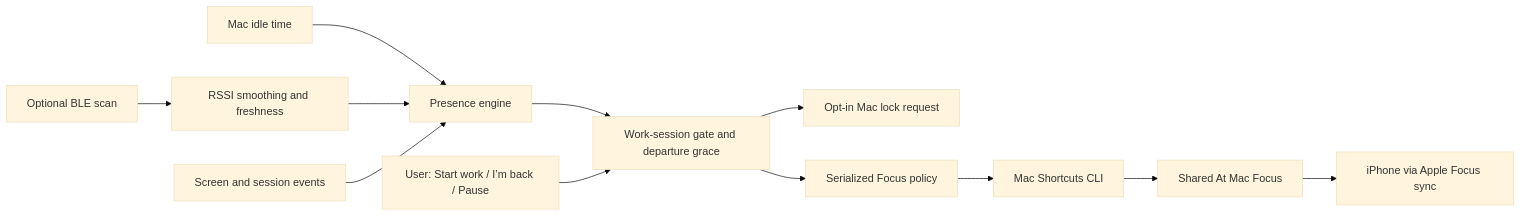
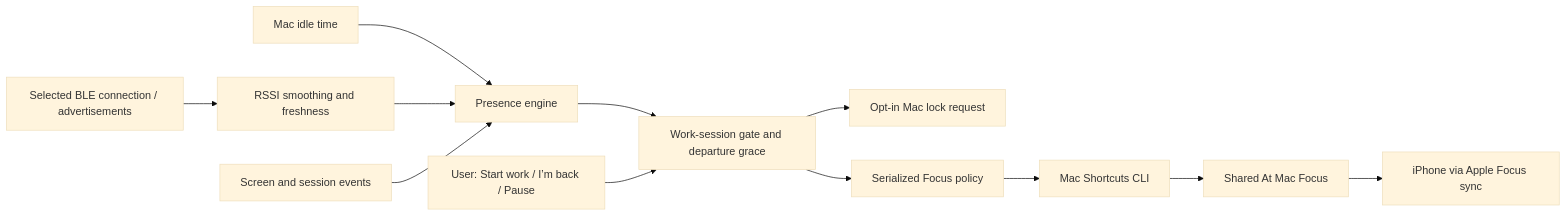
One commit to LeoHChen/presence-bridge changed the diagram in README.md. Above: the diagram before and after it, drawn with Mermaid (base theme). The commit also changed other lines of this file and 22 other files, not shown here.

````diff
--- a/README.md
+++ b/README.md
@@ -54,14 +56,14 @@
 ```mermaid
 flowchart LR
     A[Mac idle time] --> D[Presence engine]
-    B[Optional BLE scan] --> C[RSSI smoothing and freshness]
+    B[Selected BLE connection / advertisements] --> C[RSSI smoothing and freshness]
     C --> D
     S[Screen and session events] --> D
     D --> E[Work-session gate and departure grace]
     E --> L[Opt-in Mac lock request]
     E --> F[Serialized Focus policy]
     F --> X[Mac Shortcuts CLI]
     X --> M[Shared At Mac Focus]
     M --> I[iPhone via Apple Focus sync]
     U[User: Start work / I’m back / Pause] --> E
 ```
````
